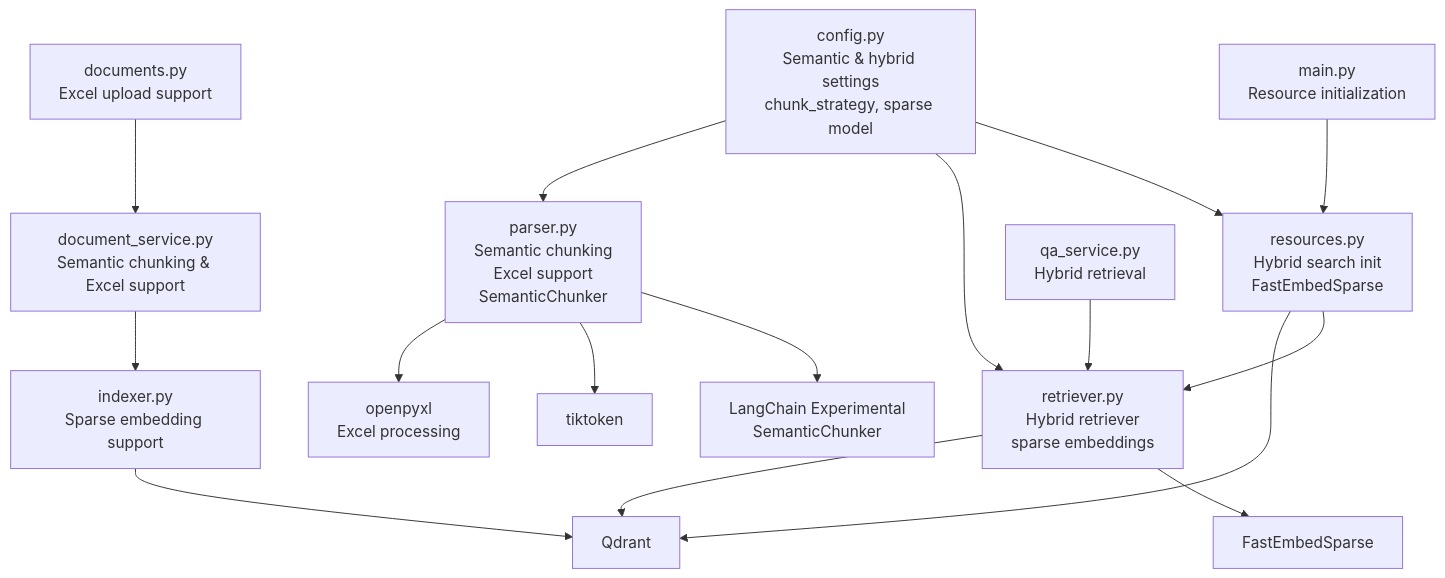
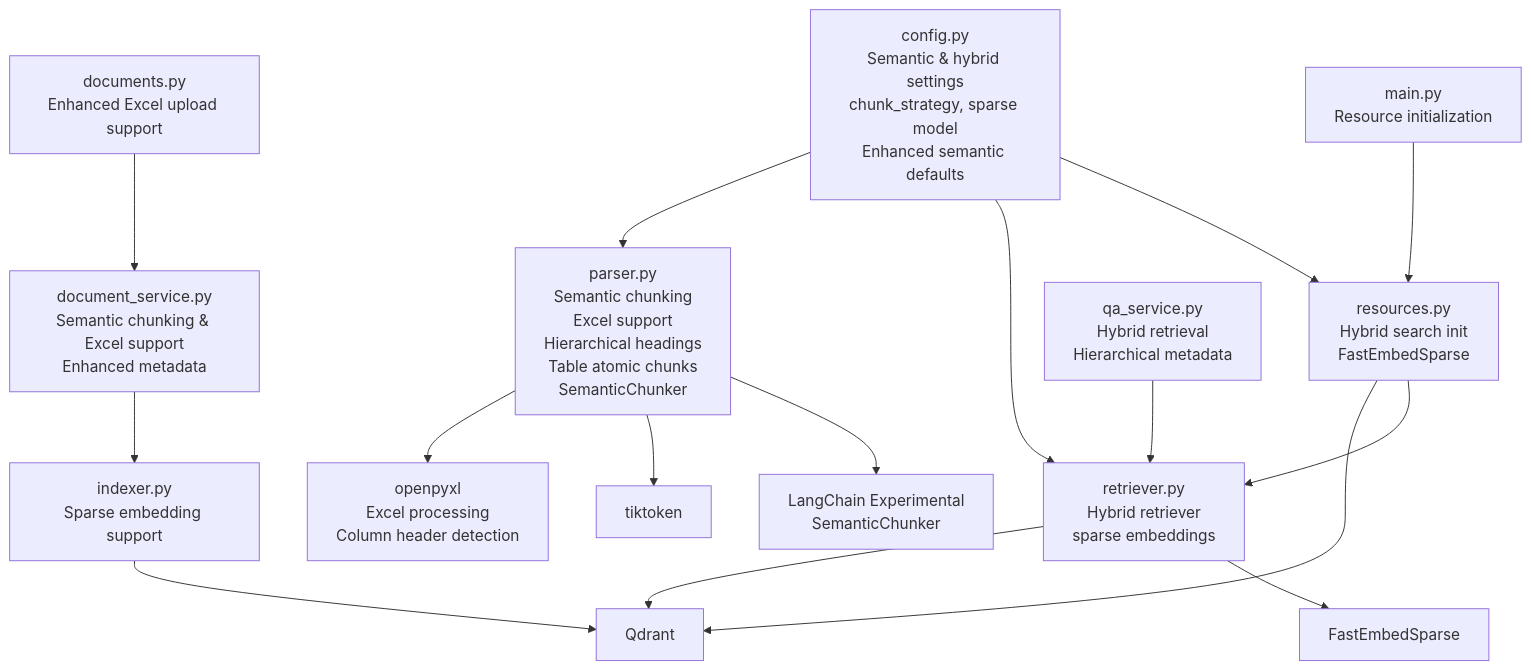
Before and after one commit to ognelis/cafetera_hr_bot: diagram 14 of 14 in .qoder/repowiki/en/content/RAG Integration/RAG Parser Enhancement.md, drawn with Mermaid. The commit also changed other lines of this file and 2 other files, not shown here.

````diff
--- a/.qoder/repowiki/en/content/RAG Integration/RAG Parser Enhancement.md
+++ b/.qoder/repowiki/en/content/RAG Integration/RAG Parser Enhancement.md
@@ -566,18 +605,18 @@
 ```mermaid
 graph TB
-CFG["config.py<br/>Semantic & hybrid settings<br/>chunk_strategy, sparse model"] --> RES["resources.py<br/>Hybrid search init<br/>FastEmbedSparse"]
+CFG["config.py<br/>Semantic & hybrid settings<br/>chunk_strategy, sparse model<br/>Enhanced semantic defaults"] --> RES["resources.py<br/>Hybrid search init<br/>FastEmbedSparse"]
 CFG --> RET["retriever.py<br/>Hybrid retriever<br/>sparse embeddings"]
-CFG --> PARSE["parser.py<br/>Semantic chunking<br/>Excel support<br/>SemanticChunker"]
+CFG --> PARSE["parser.py<br/>Semantic chunking<br/>Excel support<br/>Hierarchical headings<br/>Table atomic chunks<br/>SemanticChunker"]
 RES --> RET
 RES --> QDRANT["Qdrant"]
 PARSE --> LC["LangChain Experimental<br/>SemanticChunker"]
 PARSE --> TIKTOKEN["tiktoken"]
-PARSE --> OPENPYXL["openpyxl<br/>Excel processing"]
+PARSE --> OPENPYXL["openpyxl<br/>Excel processing<br/>Column header detection"]
 RET --> FE["FastEmbedSparse"]
 RET --> QDRANT
 INDEXER["indexer.py<br/>Sparse embedding support"] --> QDRANT
-SERVICE["document_service.py<br/>Semantic chunking & Excel support"] --> INDEXER
-API["documents.py<br/>Excel upload support"] --> SERVICE
-QA["qa_service.py<br/>Hybrid retrieval"] --> RET
+SERVICE["document_service.py<br/>Semantic chunking & Excel support<br/>Enhanced metadata"] --> INDEXER
+API["documents.py<br/>Enhanced Excel upload support"] --> SERVICE
+QA["qa_service.py<br/>Hybrid retrieval<br/>Hierarchical metadata"] --> RET
 MAIN["main.py<br/>Resource initialization"] --> RES
 ```
````
